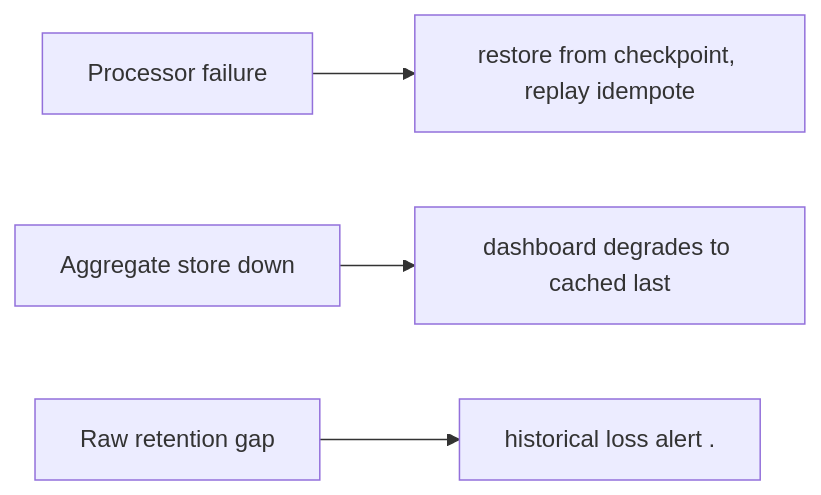
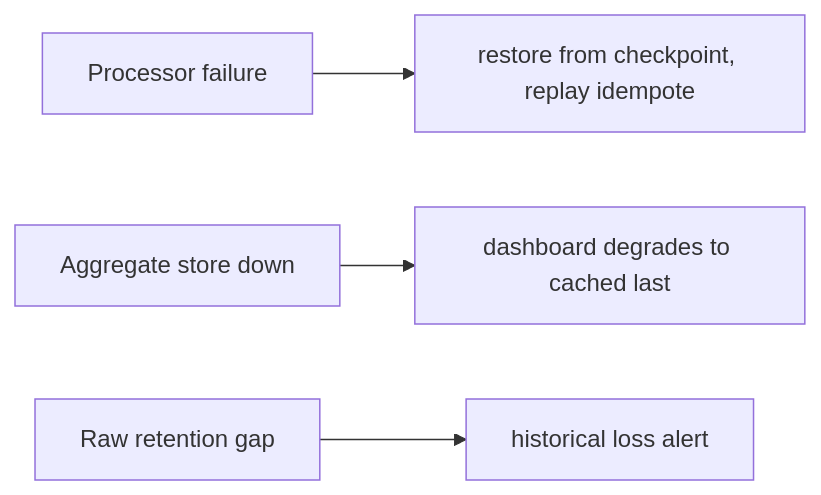
Before and after one commit to RIT-MESH/system-design-mastery: the third of 3 diagrams in case-studies/advanced/real-time-analytics.md, drawn with Mermaid. The commit also changed other lines of this file and 215 other files, not shown here.

First line of the commit message:
Complete all remaining work: expand case studies, add 13 AI case studies, fix diagrams, status to Complete

````diff
--- a/case-studies/advanced/real-time-analytics.md
+++ b/case-studies/advanced/real-time-analytics.md
@@ -135,13 +167,13 @@
 ```mermaid
 %% created-for: system-design-mastery
 flowchart LR
   C1["Processor failure"]
   R2["restore from checkpoint, replay idempote"]
   C1 --> R2
   C3["Aggregate store down"]
   R4["dashboard degrades to cached last"]
   C3 --> R4
   C5["Raw retention gap"]
-  R6["historical loss alert ."]
+  R6["historical loss alert"]
   C5 --> R6
 ```
````
